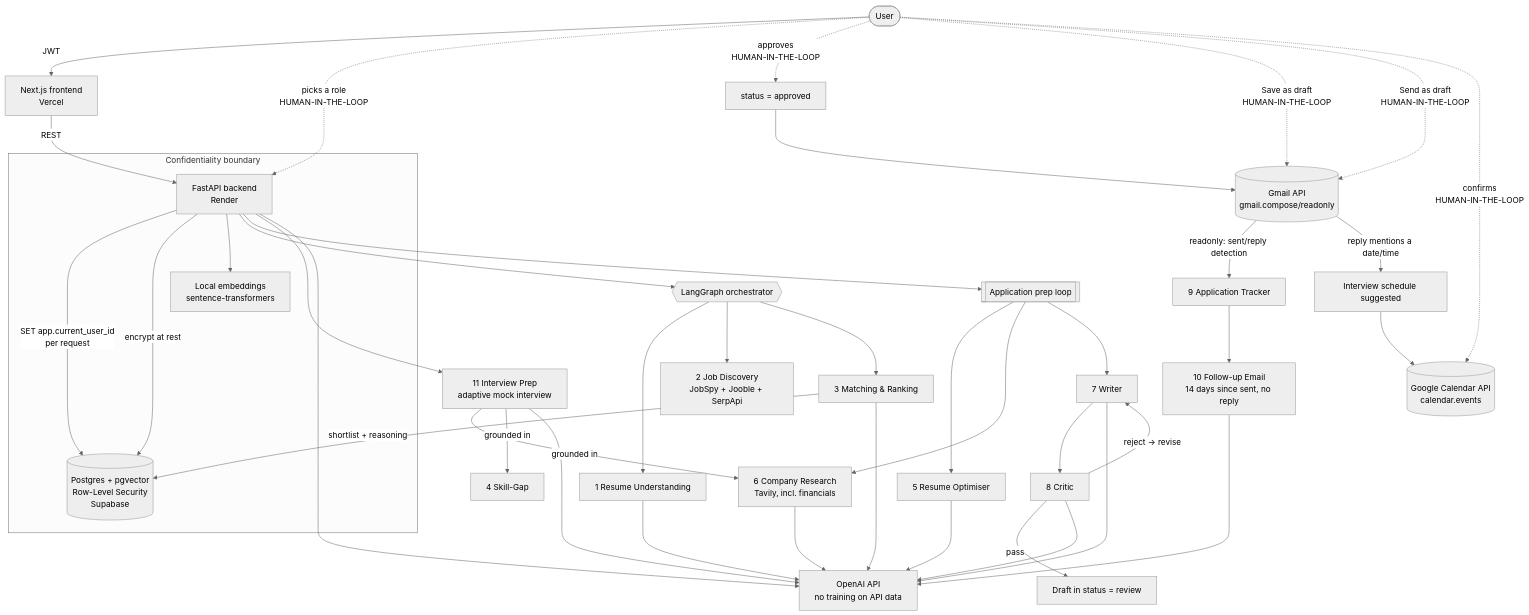
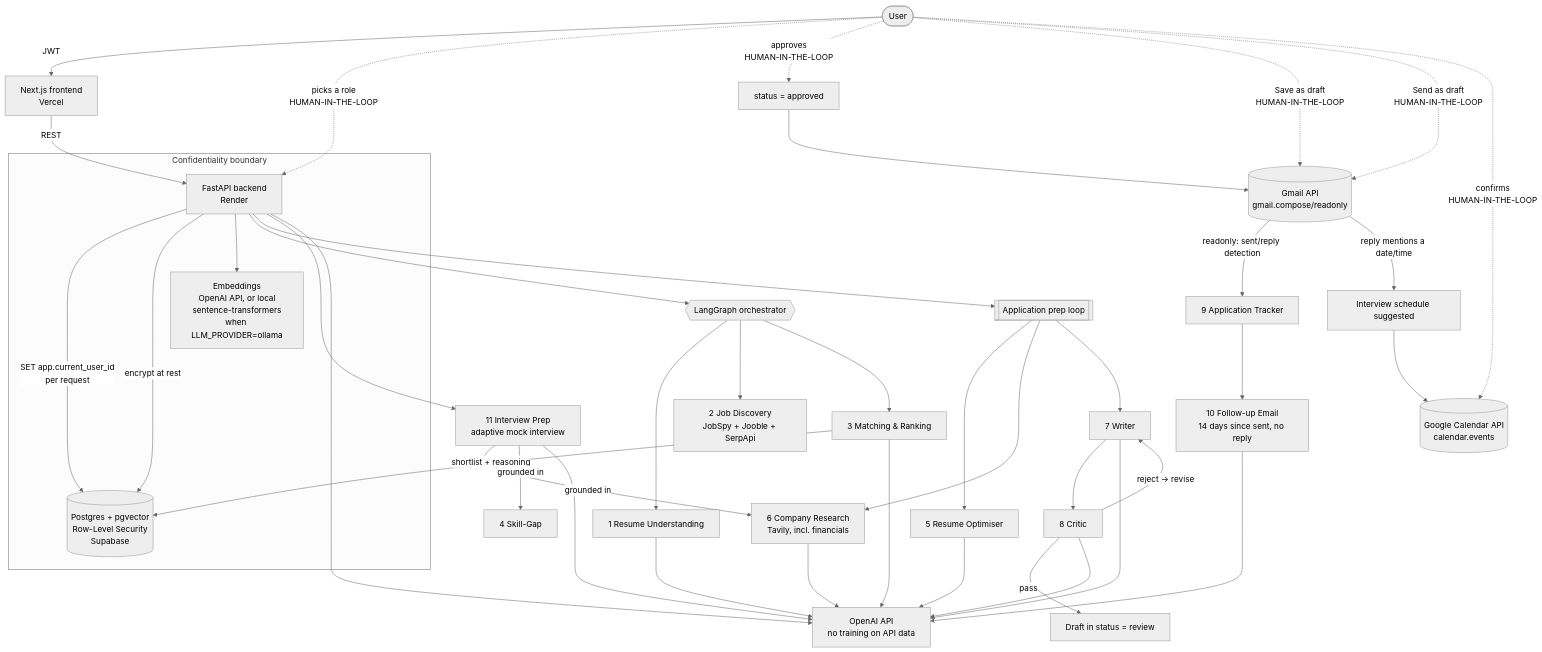
The diagram in README.md (kinza500/careerpilot-ai), drawn with Mermaid (neutral theme) before and after one commit. The commit also changed other lines of this file and 6 other files, not shown here.

First line of the commit message:
Switch default embeddings to OpenAI API to fix Render OOM

````diff
--- a/README.md
+++ b/README.md
@@ -33,44 +33,44 @@
 ```mermaid
 flowchart TD
     U([User]) -->|JWT| FE[Next.js frontend<br/>Vercel]
     FE -->|REST| API[FastAPI backend<br/>Render]
 
     subgraph SEC[Confidentiality boundary]
       API -->|SET app.current_user_id<br/>per request| DB[(Postgres + pgvector<br/>Row-Level Security<br/>Supabase)]
       API -->|encrypt at rest| DB
-      EMB[Local embeddings<br/>sentence-transformers]
+      EMB[Embeddings<br/>OpenAI API, or local<br/>sentence-transformers<br/>when LLM_PROVIDER=ollama]
       API --> EMB
     end
 
     API --> ORCH{{LangGraph orchestrator}}
     ORCH --> A1[1 Resume Understanding]
     ORCH --> A2[2 Job Discovery<br/>JobSpy + Jooble + SerpApi]
     ORCH --> A3[3 Matching & Ranking]
     A3 -->|shortlist + reasoning| DB
 
     U -.->|picks a role<br/>HUMAN-IN-THE-LOOP| API
     API --> PREP[[Application prep loop]]
     PREP --> A5[5 Resume Optimiser]
     PREP --> A6[6 Company Research<br/>Tavily, incl. financials]
     PREP --> A7[7 Writer]
     A7 --> A8[8 Critic]
     A8 -->|reject → revise| A7
     A8 -->|pass| REV[Draft in status = review]
     U -.->|approves<br/>HUMAN-IN-THE-LOOP| SEND[status = approved]
 
     U -.->|Save as draft<br/>HUMAN-IN-THE-LOOP| GMAIL[(Gmail API<br/>gmail.compose/readonly)]
     SEND --> GMAIL
     GMAIL -->|readonly: sent/reply detection| A9[9 Application Tracker]
     A9 --> A10[10 Follow-up Email<br/>14 days since sent, no reply]
     U -.->|Send as draft<br/>HUMAN-IN-THE-LOOP| GMAIL
     GMAIL -->|reply mentions a date/time| SCHED[Interview schedule suggested]
     U -.->|confirms<br/>HUMAN-IN-THE-LOOP| CAL[(Google Calendar API<br/>calendar.events)]
     SCHED --> CAL
 
     API --> A11[11 Interview Prep<br/>adaptive mock interview]
     A11 -->|grounded in| A6
     A11 -->|grounded in| A4[4 Skill-Gap]
 
     API --> LLM[OpenAI API<br/>no training on API data]
     A1 & A3 & A5 & A6 & A7 & A8 & A10 & A11 --> LLM
 ```
````
